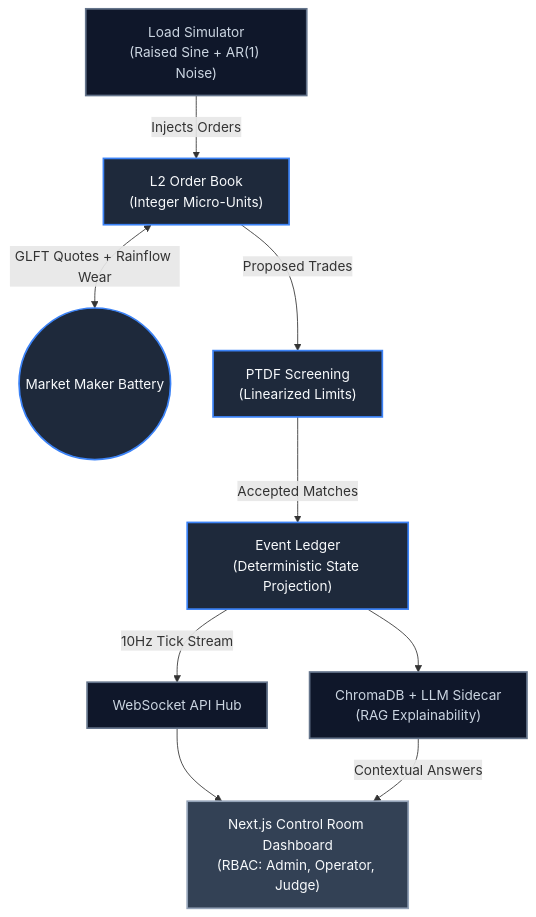
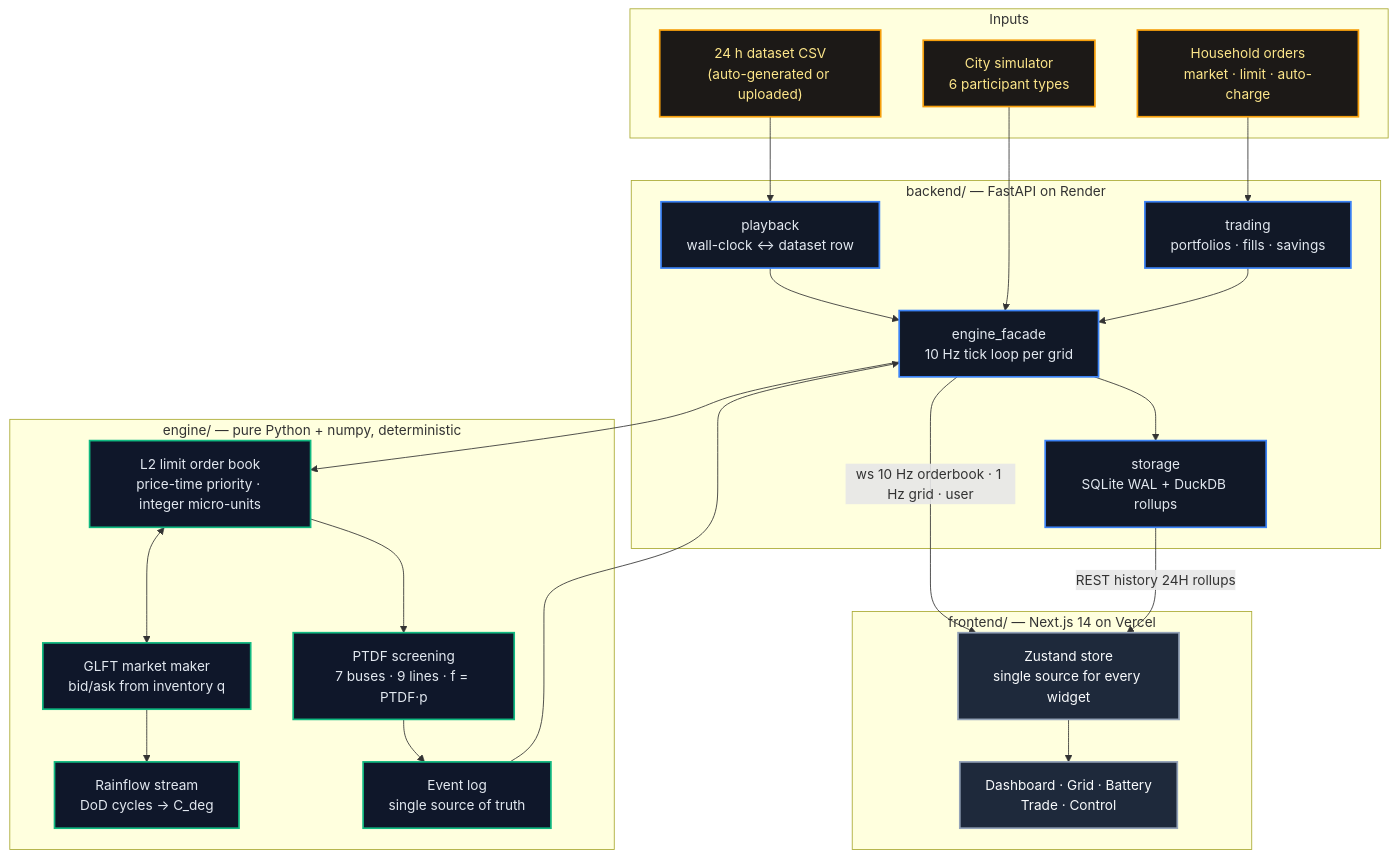
Before and after one commit to Saptarshi0203/sovereign-amm: the diagram in README.md, drawn with Mermaid. The commit also changed other lines of this file and 4 other files, not shown here.

Commit message:
docs: professional README with live links, architecture diagram, math table, API map, screenshots

````diff
--- a/README.md
+++ b/README.md
@@ -36,17 +89,45 @@
 ```mermaid
-graph TD
-    classDef core fill:#1e293b,stroke:#3b82f6,stroke-width:2px,color:#f8fafc;
-    classDef ext fill:#0f172a,stroke:#64748b,stroke-width:2px,color:#cbd5e1;
-    classDef ui fill:#334155,stroke:#94a3b8,stroke-width:2px,color:#f8fafc;
+flowchart TB
+    classDef engine fill:#0f172a,stroke:#10b981,stroke-width:2px,color:#e2e8f0
+    classDef backend fill:#111827,stroke:#3b82f6,stroke-width:2px,color:#e2e8f0
+    classDef ui fill:#1e293b,stroke:#94a3b8,stroke-width:2px,color:#f8fafc
+    classDef data fill:#1c1917,stroke:#f59e0b,stroke-width:2px,color:#fde68a
 
-    LS["Load Simulator<br/>(Raised Sine + AR(1) Noise)"]:::ext -->|Injects Orders| L2["L2 Order Book<br/>(Integer Micro-Units)"]:::core
-    L2 <-->|GLFT Quotes + Rainflow Wear| BAT(("Market Maker Battery")):::core
-    L2 -->|Proposed Trades| PTDF["PTDF Screening<br/>(Linearized Limits)"]:::core
-    PTDF -->|Accepted Matches| EL["Event Ledger<br/>(Deterministic State Projection)"]:::core
-    
-    EL -->|10Hz Tick Stream| WS["WebSocket API Hub"]:::ext
-    EL --> RAG["ChromaDB + LLM Sidecar<br/>(RAG Explainability)"]:::ext
-    
-    WS --> UI["Next.js Control Room Dashboard<br/>(RBAC: Admin, Operator, Judge)"]:::ui
-    RAG -->|Contextual Answers| UI
+    subgraph DATA["Inputs"]
+        CSV["24 h dataset CSV<br/>(auto-generated or uploaded)"]:::data
+        SIM["City simulator<br/>6 participant types"]:::data
+        USR["Household orders<br/>market · limit · auto-charge"]:::data
+    end
+
+    subgraph ENGINE["engine/ — pure Python + numpy, deterministic"]
+        LOB["L2 limit order book<br/>price-time priority · integer micro-units"]:::engine
+        GLFT["GLFT market maker<br/>bid/ask from inventory q"]:::engine
+        RF["Rainflow stream<br/>DoD cycles → C_deg"]:::engine
+        PTDF["PTDF screening<br/>7 buses · 9 lines · f = PTDF·p"]:::engine
+        LOG["Event log<br/>single source of truth"]:::engine
+    end
+
+    subgraph API["backend/ — FastAPI on Render"]
+        FAC["engine_facade<br/>10 Hz tick loop per grid"]:::backend
+        PB["playback<br/>wall-clock ↔ dataset row"]:::backend
+        TR["trading<br/>portfolios · fills · savings"]:::backend
+        ST["storage<br/>SQLite WAL + DuckDB rollups"]:::backend
+    end
+
+    subgraph WEB["frontend/ — Next.js 14 on Vercel"]
+        STORE["Zustand store<br/>single source for every widget"]:::ui
+        PAGES["Dashboard · Grid · Battery<br/>Trade · Control"]:::ui
+    end
+
+    CSV --> PB --> FAC
+    SIM --> FAC
+    USR --> TR --> FAC
+    FAC --> LOB <--> GLFT
+    GLFT --> RF
+    LOB --> PTDF --> LOG
+    LOG --> FAC
+    FAC --> ST
+    FAC -- "ws 10 Hz orderbook · 1 Hz grid · user" --> STORE
+    ST -- "REST history 24H rollups" --> STORE
+    STORE --> PAGES
 ```
````
